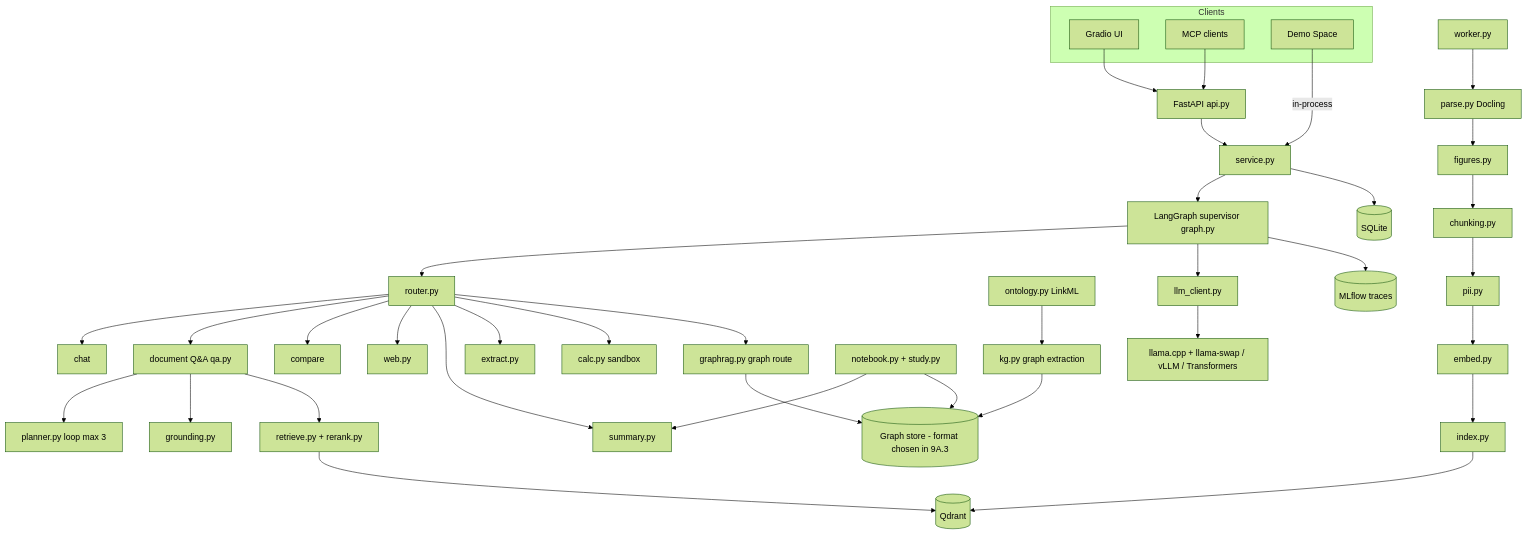
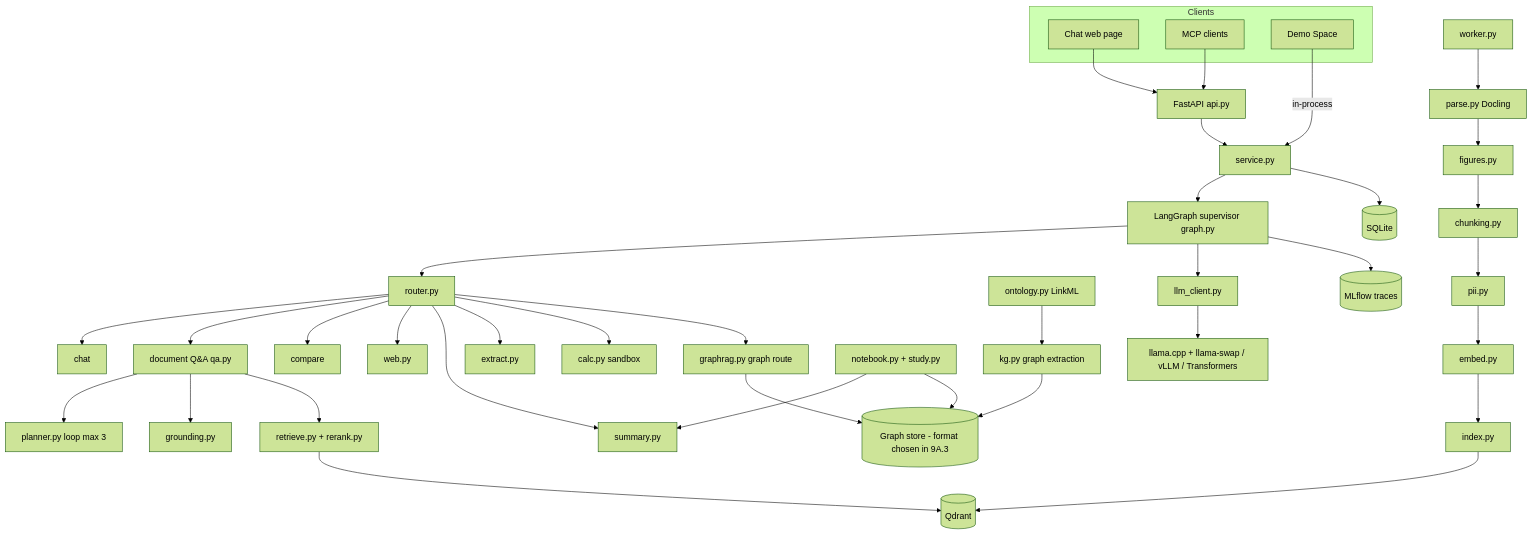
The first of 3 diagrams in docs/04-architecture/system-architecture.md (mdu-ai-lab/multiagent-ai-lab), drawn with Mermaid (forest theme) before and after one commit. The commit also changed other lines of this file and 32 other files, not shown here.

Commit message:
Plan an own chat web page with accounts and login and update the docs to match

````diff
--- a/docs/04-architecture/system-architecture.md
+++ b/docs/04-architecture/system-architecture.md
@@ -17,35 +17,35 @@
 ```mermaid
 flowchart TB
   subgraph Clients
-    UI[Gradio UI]
+    UI[Chat web page]
     MCP[MCP clients]
     DEMO[Demo Space]
   end
   API[FastAPI api.py] --> SVC[service.py]
   UI --> API
   MCP --> API
   DEMO -->|in-process| SVC
   SVC --> G[LangGraph supervisor graph.py]
   G --> R[router.py]
   R --> CHAT[chat]
   R --> QA[document Q&A qa.py]
   R --> CMP[compare]
   R --> WEB[web.py]
   R --> SUM[summary.py]
   R --> EXT[extract.py]
   R --> CALC[calc.py sandbox]
   R --> GR2[graphrag.py graph route]
   GR2 --> KGS[(Graph store - format chosen in 9A.3)]
   ONT[ontology.py LinkML] --> KG[kg.py graph extraction] --> KGS
   NB[notebook.py + study.py] --> SUM
   NB --> KGS
   QA --> PL[planner.py loop max 3]
   QA --> GR[grounding.py]
   QA --> RET[retrieve.py + rerank.py]
   RET --> QD[(Qdrant)]
   G --> LLM[llm_client.py]
   LLM --> MS[llama.cpp + llama-swap / vLLM / Transformers]
   WK[worker.py] --> PARSE[parse.py Docling] --> FIG[figures.py] --> CH[chunking.py] --> PII[pii.py] --> EMB[embed.py] --> IDX[index.py] --> QD
   SVC --> DB[(SQLite)]
   G --> ML[(MLflow traces)]
 ```
````
